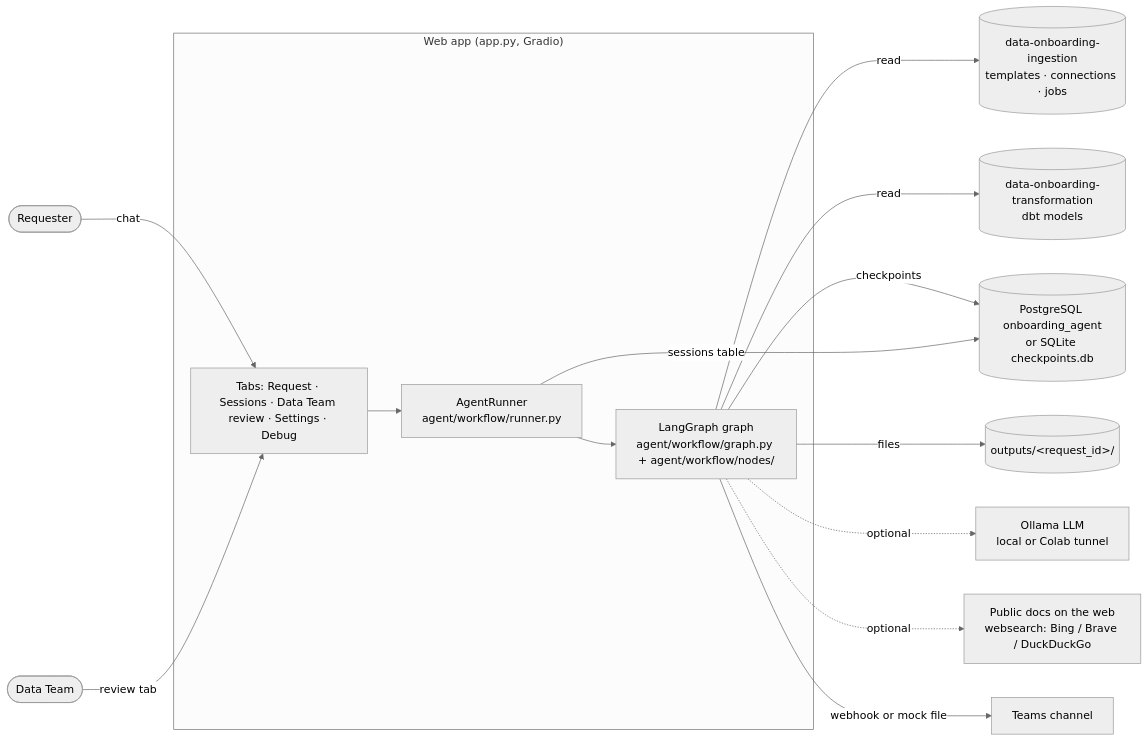
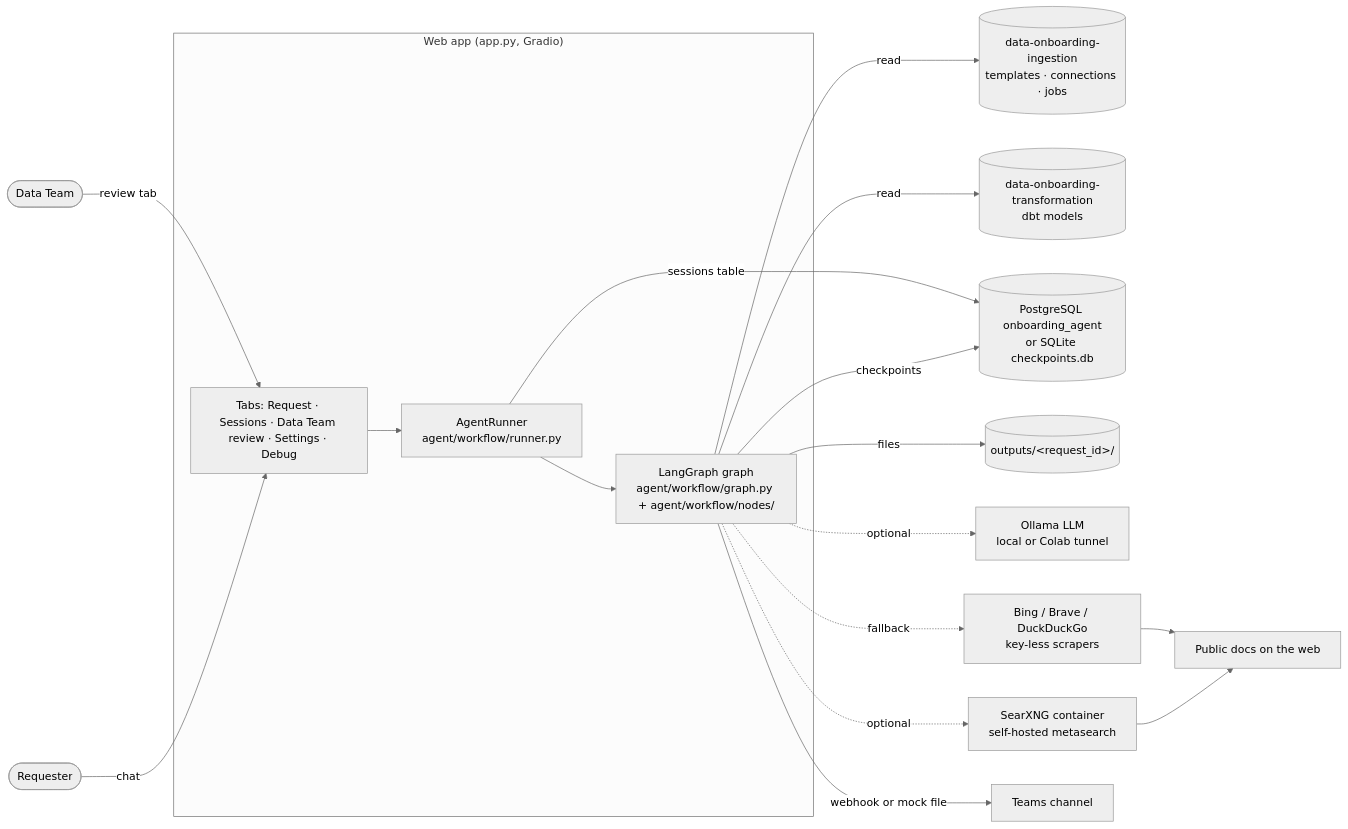
One commit to thanhphat2609/data-onboarding-agent changed the first of 2 diagrams in docs/ARCHITECTURE.md. Above: the diagram before and after it, drawn with Mermaid (neutral theme). The commit also changed other lines of this file and 3 other files, not shown here.

First line of the commit message:
Docs: three containers (app, postgres, searxng), SearXNG in the diagrams, status

````diff
--- a/docs/ARCHITECTURE.md
+++ b/docs/ARCHITECTURE.md
@@ -7,19 +7,22 @@
 ```mermaid
 flowchart LR
     R([Requester]) -- chat --> UI
     DT([Data Team]) -- review tab --> UI
     subgraph App["Web app (app.py, Gradio)"]
         UI[Tabs: Request · Sessions · Data Team review · Settings · Debug]
         RUN[AgentRunner<br/>agent/workflow/runner.py]
         G[LangGraph graph<br/>agent/workflow/graph.py + agent/workflow/nodes/]
         UI --> RUN --> G
     end
     G -- read --> ING[(data-onboarding-ingestion<br/>templates · connections · jobs)]
     G -- read --> TRF[(data-onboarding-transformation<br/>dbt models)]
     G -- checkpoints --> DB[(PostgreSQL onboarding_agent<br/>or SQLite checkpoints.db)]
     RUN -- sessions table --> DB
     G -- files --> OUT[(outputs/&lt;request_id&gt;/)]
     G -. optional .-> LLM[Ollama LLM<br/>local or Colab tunnel]
-    G -. optional .-> WEB[Public docs on the web<br/>websearch: Bing / Brave / DuckDuckGo]
+    G -. optional .-> SX[SearXNG container<br/>self-hosted metasearch]
+    SX --> WEB[Public docs on the web]
+    G -. fallback .-> WEB2[Bing / Brave / DuckDuckGo<br/>key-less scrapers]
+    WEB2 --> WEB
     G -- webhook or mock file --> T[Teams channel]
 ```
````
